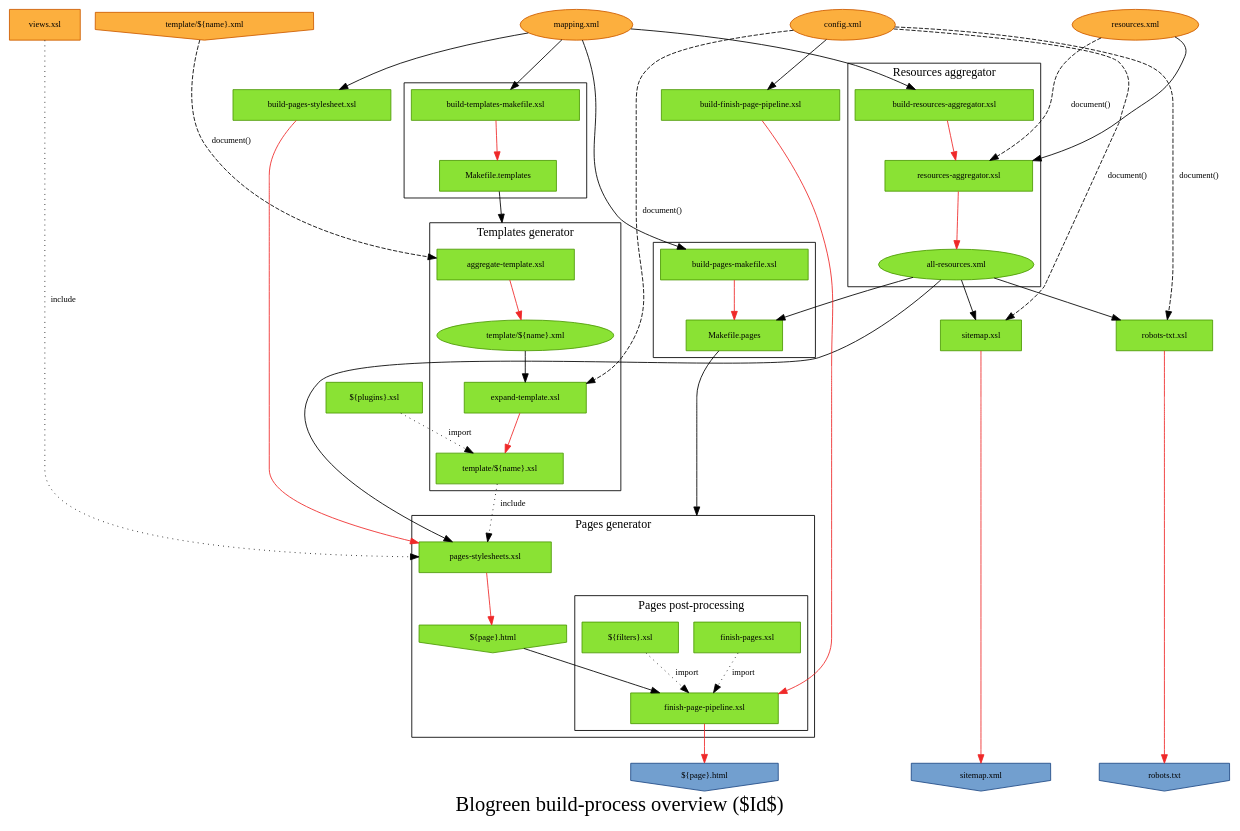
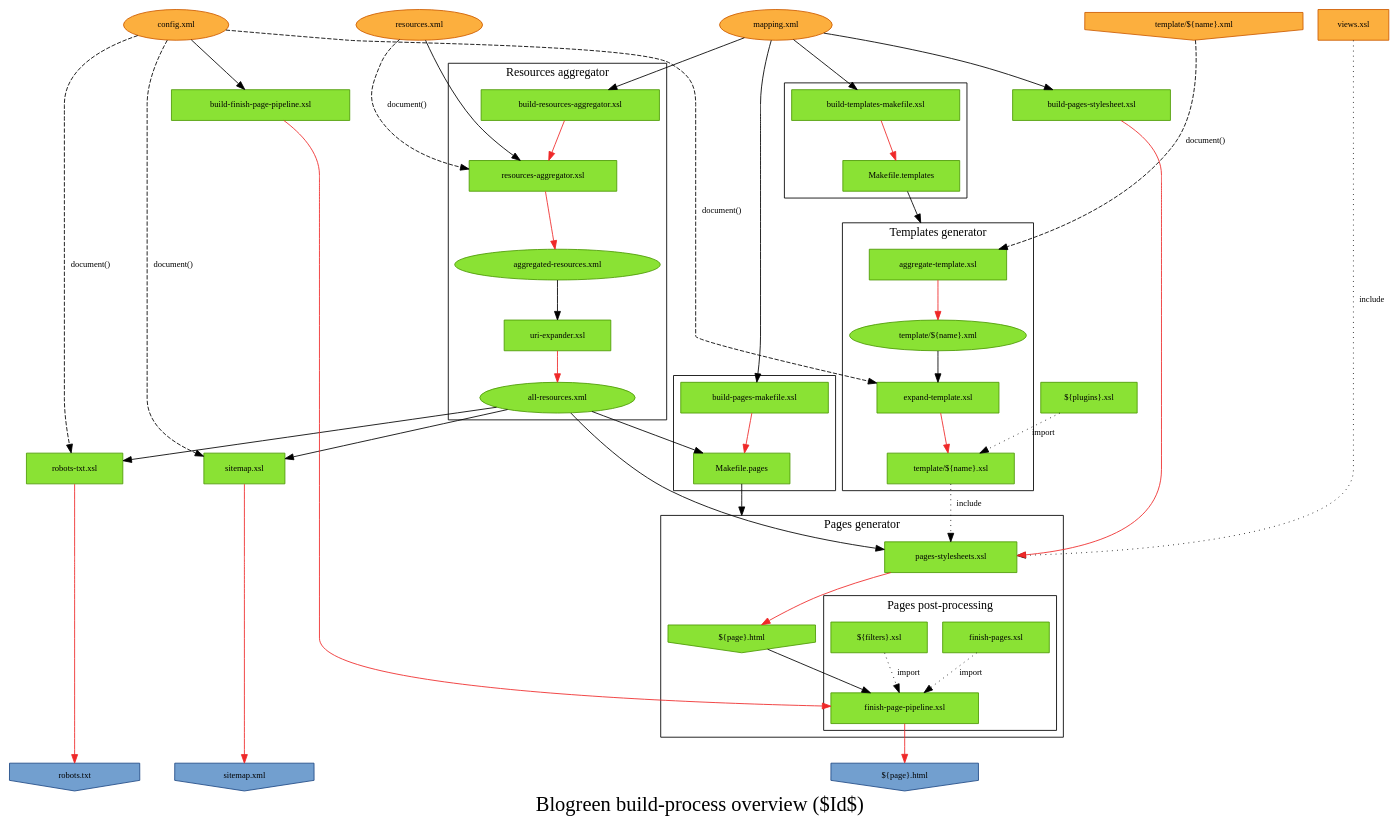
The diagram in doc/blogreen.dot (smortex/blogreen), drawn with Graphviz before and after one commit. The commit also changed 3 other files, not shown here.

Commit message:
Rework and fix resources @uri generation.

```diff
--- a/doc/blogreen.dot
+++ b/doc/blogreen.dot
@@ -1,132 +1,137 @@
 /*
  * Describe the global process of generating pages.
  */
 digraph Blogreen {
     compound=true;
     fontname=inconsolata;
     fontsize=14;
     node[fontname=inconsolata, fontsize=10, margin=".2, .1", style=filled, fillcolor="#8ae234", color="#4e9a06"];
     edge[fontname=inconsolata, fontsize=10];
 
     node[shape=box]
 
     {
 	rank=same;
 	res		[label="resources.xml", shape=ellipse, fillcolor="#fcaf3e", color="#ce5c00", URL="http://blogreen.org/TR/Resources", tooltip="Resources Namespace"];
 	map		[label="mapping.xml",   shape=ellipse, fillcolor="#fcaf3e", color="#ce5c00", URL="http://blogreen.org/TR/Mapping",   tooltip="Mapping Namespace"];
 	config	[label="config.xml",    shape=ellipse, fillcolor="#fcaf3e", color="#ce5c00", URL="http://blogreen.org/TR/Config",    tooltip="Config Namespace"];
 	views	[label="views.xsl",			fillcolor="#fcaf3e", color="#ce5c00"];
 	srctmplxml		[label="template/${name}.xml", shape=invhouse, fillcolor="#fcaf3e", color="#ce5c00"];
     }
 
     subgraph clusterPagesMakefile {
 	bpm		[label="build-pages-makefile.xsl"];
 	pm		[label="Makefile.pages"];
     }
 
     bps		[label="build-pages-stylesheet.xsl"];
 
     subgraph clusterTemplatesMakefile {
 	btm		[label="build-templates-makefile.xsl"];
 	tm		[label="Makefile.templates"];
     }
 
 
     subgraph clusterTemplates {
 	label = "Templates generator";
 	shape=box;
 	objtmplxml	[label="template/${name}.xml", shape=ellipse];
 	objtmplxsl	[label="template/${name}.xsl"];
 
 	at		[label="aggregate-template.xsl"];
 	et		[label="expand-template.xsl"];
 
 	config -> et [label="document()", style=dashed];
 
 	at -> objtmplxml [color="#ef2929"];
 	objtmplxml -> et;
 	et -> objtmplxsl [color="#ef2929"];
     }
     srctmplxml -> at [label="document()", style=dashed];
 
     plugins		[label="${plugins}.xsl"];
     plugins -> objtmplxsl [label=import, style=dotted];
 
     subgraph clusterResources {
 	ra		[label="resources-aggregator.xsl"];
 	bra		[label="build-resources-aggregator.xsl"];
+	ares		[label="aggregated-resources.xml", shape=ellipse];
+	uexp		[label="uri-expander.xsl"];
 	allres		[label="all-resources.xml", shape=ellipse];
 
 	label = "Resources aggregator";
     }
 
     subgraph clusterPages {
 	ps		[label="pages-stylesheets.xsl"];
 	index		[label="${page}.html", shape=invhouse];
 
 	subgraph clusterFo {
 	    fp			[label="finish-pages.xsl"];
 	    filters		[label="${filters}.xsl"];
 	    fpp			[label="finish-page-pipeline.xsl"];
 
 	    { fp; filters } -> fpp [label="import", style=dotted];
 
 	    label = "Pages post-processing";
 	}
 
 	index -> fpp;
 
 	label = "Pages generator";
     }
 
     bfpp [label="build-finish-page-pipeline.xsl"];
     config -> bfpp;
 
     tm -> at [lhead=clusterTemplates];
 
     map -> bra;
     res -> ra;
     res -> ra [label="document()", style=dashed];
 
     map -> bps;
     allres -> ps;
     {views; objtmplxsl} -> ps [label=include, style=dotted];
 
     map -> bpm;
     allres -> pm;
 
     map -> btm;
 
     pm -> index [lhead=clusterPages];
 
     rs	[label="robots-txt.xsl"];
     r	[label="robots.txt", shape=invhouse, fillcolor="#729fcf", color="#204a87"];
     ss	[label="sitemap.xsl"];
     s	[label="sitemap.xml", shape=invhouse, fillcolor="#729fcf", color="#204a87"];
     config -> rs [label="document()", style=dashed];
     allres -> rs;
     config -> ss [label="document()", style=dashed];
     allres -> ss;
 
+    ares -> uexp;
+
     {
 	edge[color="#ef2929"];
-	bra -> ra -> allres;
+	bra -> ra -> ares;
+	uexp -> allres;
 	bps -> ps -> index;
 	bpm -> pm;
 	btm -> tm;
 	fpp -> pindex;
 	rs -> r;
 	ss -> s;
 	bfpp -> fpp;
     }
 
     {
 	rank=same;
 	s;
 	r;
 	pindex		[label="${page}.html", shape=invhouse, fillcolor="#729fcf", color="#204a87"];
     }
 
     fontsize=24;
     label="Blogreen build-process overview ($Id$)";
 }
```
